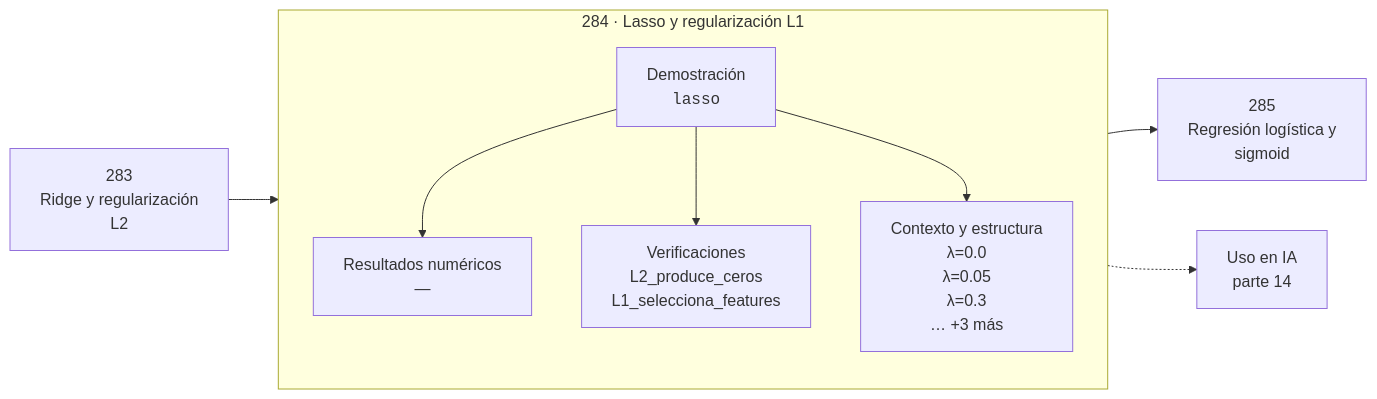
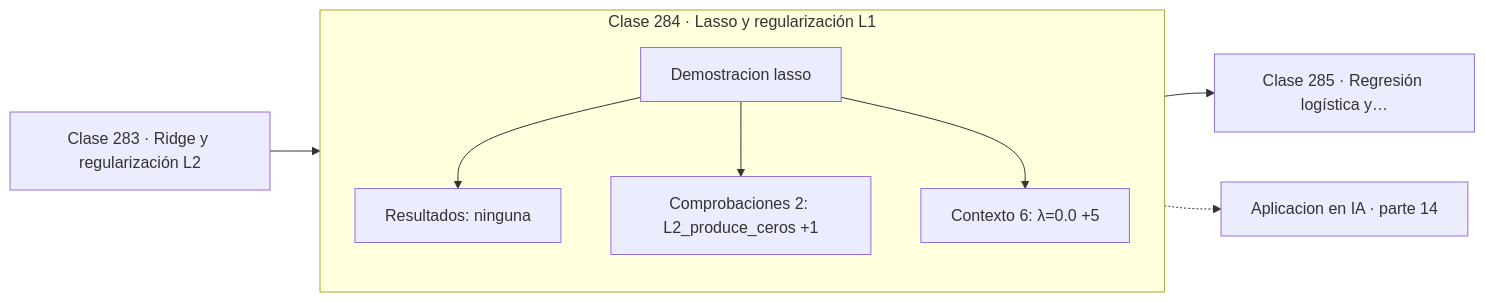
One commit to vladimiracunadev-create/computational-mathematics-program changed the diagram in classes/part-14-matematica-de-machine-learning/284-lasso-y-regularizacion-l1/README.md. Above: the diagram before and after it, drawn with Mermaid. The commit also changed 389 other files, not shown here.

First line of the commit message:
fix(diagramas): elimina el HTML de las etiquetas Mermaid

````diff
--- a/classes/part-14-matematica-de-machine-learning/284-lasso-y-regularizacion-l1/README.md
+++ b/classes/part-14-matematica-de-machine-learning/284-lasso-y-regularizacion-l1/README.md
@@ -30,12 +30,13 @@
 ```mermaid
 flowchart LR
-    P["283<br/>Ridge y regularización<br/>L2"] --> C
-    subgraph C["284 · Lasso y regularización L1"]
+    P["Clase 283 · Ridge y regularización L2"] --> D
+    subgraph CLASE["Clase 284 · Lasso y regularización L1"]
         direction TB
-        D["Demostración<br/><code>lasso</code>"] --> R["Resultados numéricos<br/>—"]
-        D --> V["Verificaciones<br/>L2_produce_ceros<br/>L1_selecciona_features"]
-        D --> O["Contexto y estructura<br/>λ=0.0<br/>λ=0.05<br/>λ=0.3<br/>… +3 más"]
+        D["Demostracion lasso"]
+        D --> R["Resultados: ninguna"]
+        D --> V["Comprobaciones 2: L2_produce_ceros +1"]
+        D --> O["Contexto 6: λ=0.0 +5"]
     end
-    C --> N["285<br/>Regresión logística y<br/>sigmoid"]
-    C -.-> IA["Uso en IA<br/>parte 14"]
+    R --> N["Clase 285 · Regresión logística y…"]
+    V -.-> IA["Aplicacion en IA · parte 14"]
 ```
````
